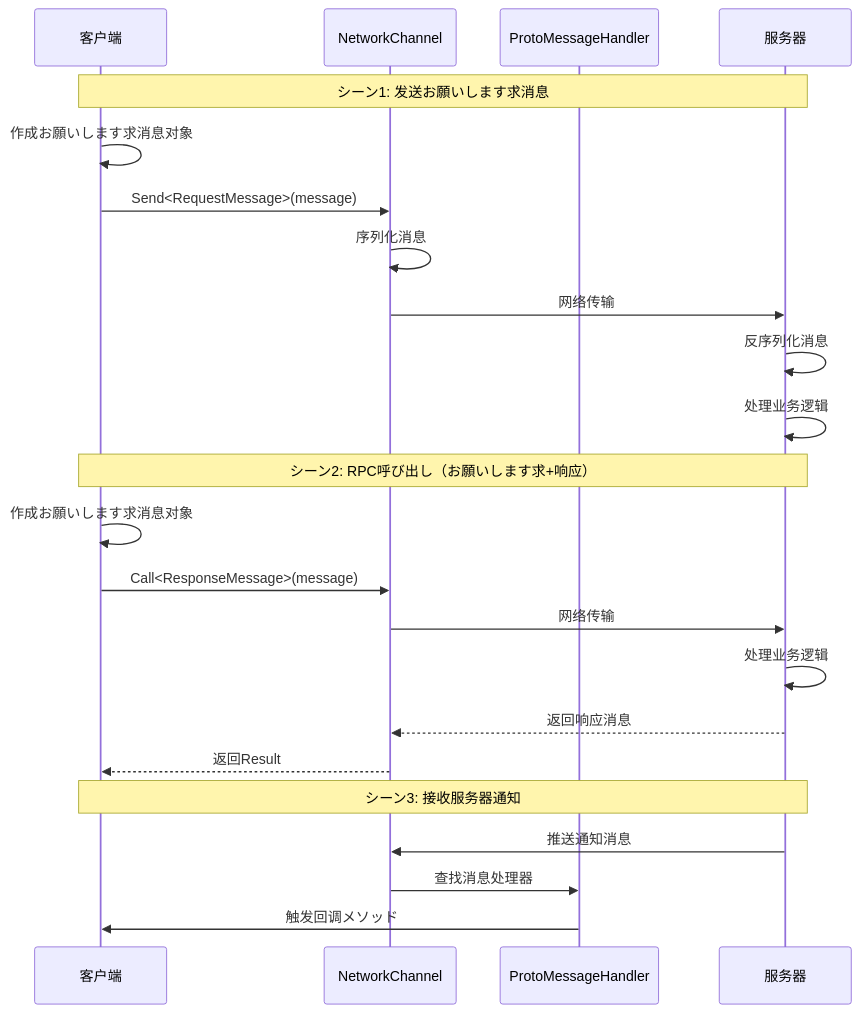
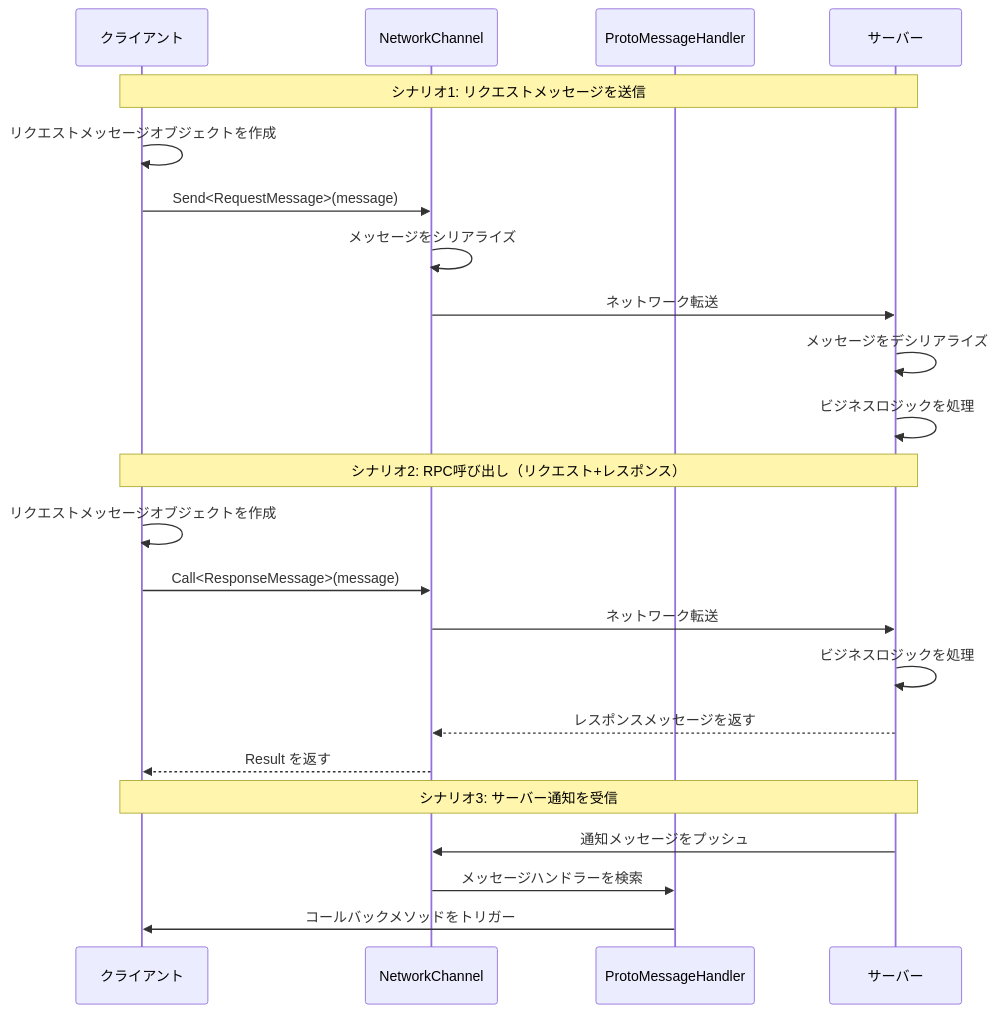
One commit to AlianBlank/GameFrameX.Docs changed the second of 2 diagrams in docs/ja/client/unity/component/network/06.message-types.md. Above: the diagram before and after it, drawn with Mermaid. The commit also changed other lines of this file and 320 other files, not shown here.

````diff
--- a/docs/ja/client/unity/component/network/06.message-types.md
+++ b/docs/ja/client/unity/component/network/06.message-types.md
@@ -65,28 +65,28 @@
 ```mermaid
 sequenceDiagram
-    participant C as 客户端
+    participant C as クライアント
     participant N as NetworkChannel
     participant H as ProtoMessageHandler
-    participant S as 服务器
+    participant S as サーバー
 
-    Note over C,S: シーン1: 发送お願いします求消息
-    C->>C: 作成お願いします求消息对象
+    Note over C,S: シナリオ1: リクエストメッセージを送信
+    C->>C: リクエストメッセージオブジェクトを作成
     C->>N: Send<RequestMessage>(message)
-    N->>N: 序列化消息
-    N->>S: 网络传输
-    S->>S: 反序列化消息
-    S->>S: 处理业务逻辑
+    N->>N: メッセージをシリアライズ
+    N->>S: ネットワーク転送
+    S->>S: メッセージをデシリアライズ
+    S->>S: ビジネスロジックを処理
 
-    Note over C,S: シーン2: RPC呼び出し（お願いします求+响应）
-    C->>C: 作成お願いします求消息对象
+    Note over C,S: シナリオ2: RPC呼び出し（リクエスト+レスポンス）
+    C->>C: リクエストメッセージオブジェクトを作成
     C->>N: Call<ResponseMessage>(message)
-    N->>S: 网络传输
-    S->>S: 处理业务逻辑
-    S-->>N: 返回响应消息
-    N-->>C: 返回Result
+    N->>S: ネットワーク転送
+    S->>S: ビジネスロジックを処理
+    S-->>N: レスポンスメッセージを返す
+    N-->>C: Result を返す
 
-    Note over C,S: シーン3: 接收服务器通知
-    S->>N: 推送通知消息
-    N->>H: 查找消息处理器
-    H->>C: 触发回调メソッド
+    Note over C,S: シナリオ3: サーバー通知を受信
+    S->>N: 通知メッセージをプッシュ
+    N->>H: メッセージハンドラーを検索
+    H->>C: コールバックメソッドをトリガー
 ```
````
